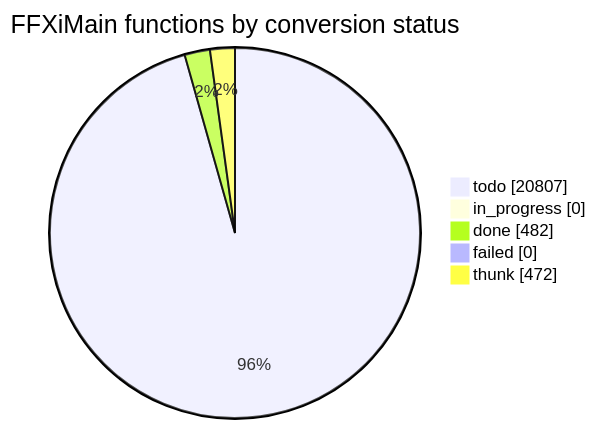
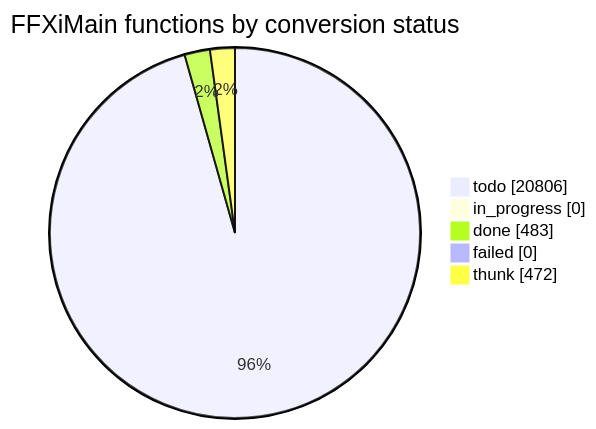
Before and after one commit to cowrevenge/cow_kuluu_xi_anything: the diagram in docs/cow/STATUS.md, drawn with Mermaid. The commit also changed other lines of this file and 9 other files, not shown here.

````diff
--- a/docs/cow/STATUS.md
+++ b/docs/cow/STATUS.md
@@ -18,9 +18,9 @@
 ```mermaid
 pie showData
     title FFXiMain functions by conversion status
-    "todo" : 20807
+    "todo" : 20806
     "in_progress" : 0
-    "done" : 482
+    "done" : 483
     "failed" : 0
     "thunk" : 472
 ```
````
